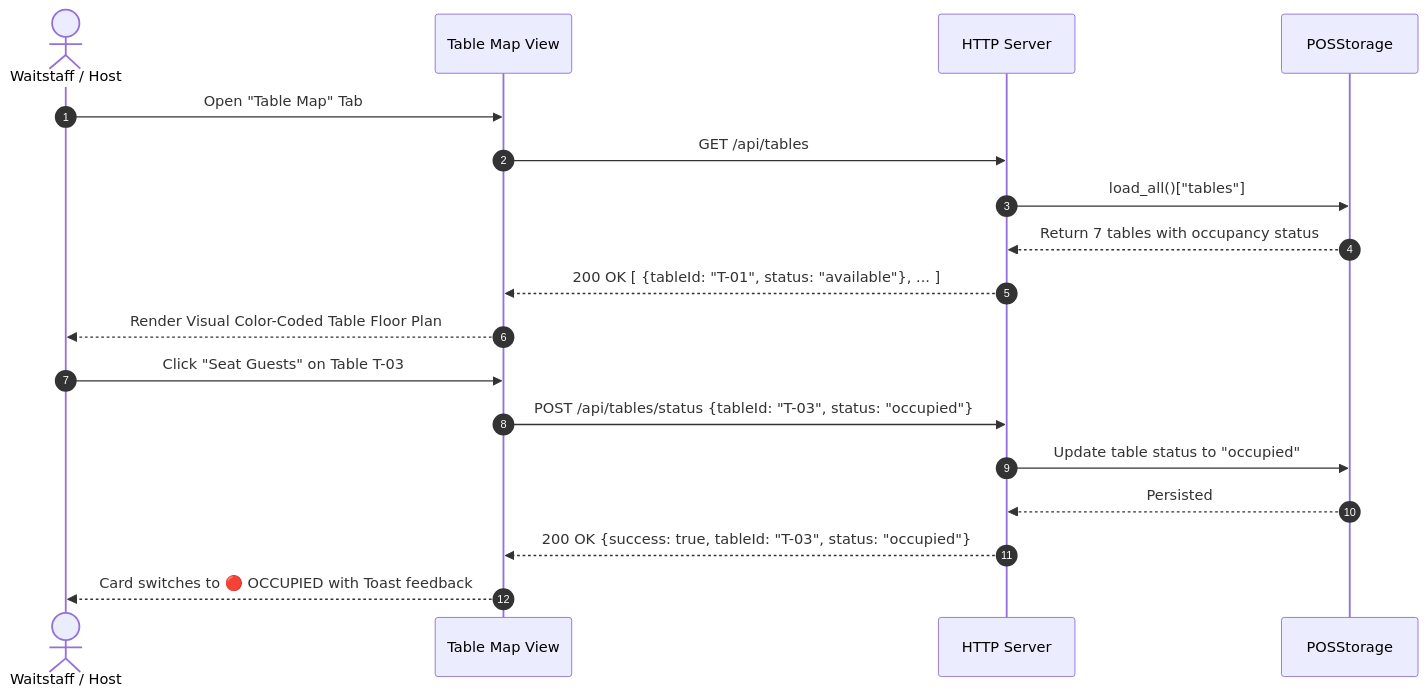
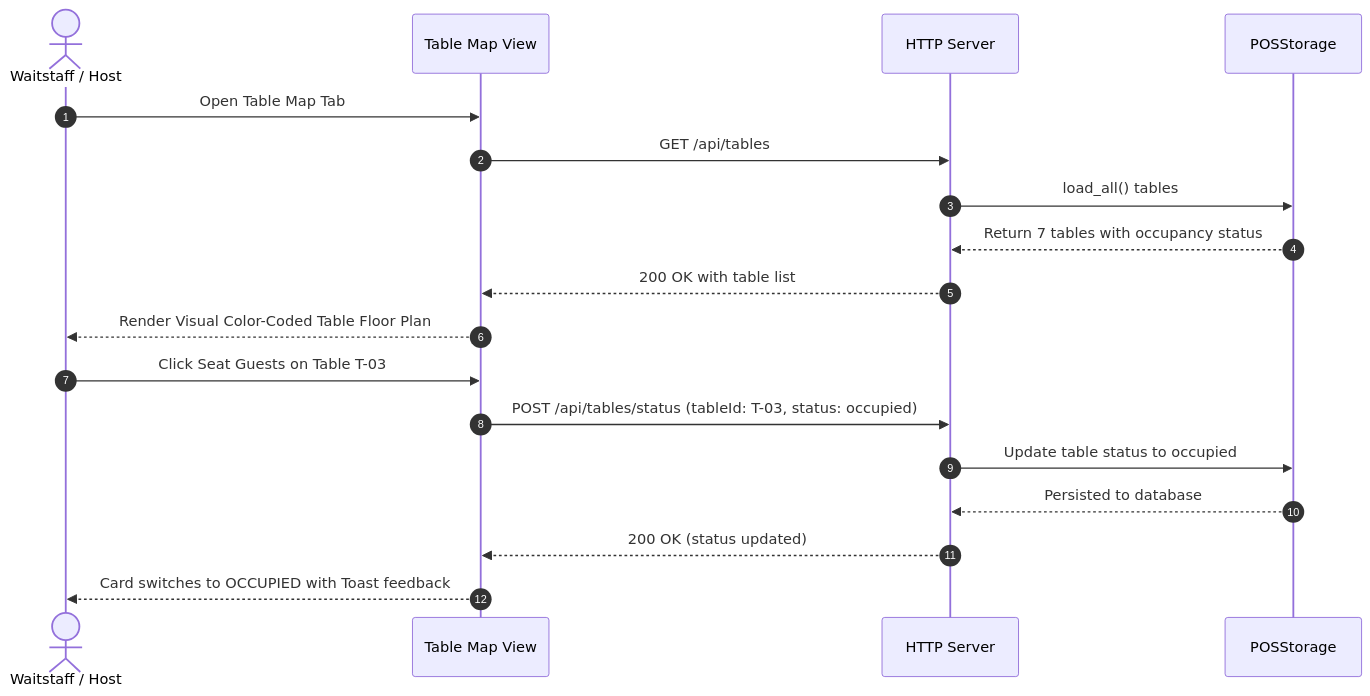
One commit to tudzydev/Restaurant-POS changed the fifth of 5 diagrams in diagrams.md. Above: the diagram before and after it, drawn with Mermaid. The commit also changed other lines of this file and 1 other file, not shown here.

Commit message:
feat: Add new order details and update order ID in pos_database.json

````diff
--- a/diagrams.md
+++ b/diagrams.md
@@ -306,22 +306,22 @@
 ```mermaid
 sequenceDiagram
     autonumber
     actor Waiter as Waitstaff / Host
     participant UI as Table Map View
     participant Server as HTTP Server
     participant DB as POSStorage
 
-    Waiter->>UI: Open "Table Map" Tab
+    Waiter->>UI: Open Table Map Tab
     UI->>Server: GET /api/tables
-    Server->>DB: load_all()["tables"]
+    Server->>DB: load_all() tables
     DB-->>Server: Return 7 tables with occupancy status
-    Server-->>UI: 200 OK [ {tableId: "T-01", status: "available"}, ... ]
+    Server-->>UI: 200 OK with table list
     UI-->>Waiter: Render Visual Color-Coded Table Floor Plan
 
-    Waiter->>UI: Click "Seat Guests" on Table T-03
-    UI->>Server: POST /api/tables/status {tableId: "T-03", status: "occupied"}
-    Server->>DB: Update table status to "occupied"
-    DB-->>Server: Persisted
-    Server-->>UI: 200 OK {success: true, tableId: "T-03", status: "occupied"}
-    UI-->>Waiter: Card switches to 🔴 OCCUPIED with Toast feedback
+    Waiter->>UI: Click Seat Guests on Table T-03
+    UI->>Server: POST /api/tables/status (tableId: T-03, status: occupied)
+    Server->>DB: Update table status to occupied
+    DB-->>Server: Persisted to database
+    Server-->>UI: 200 OK (status updated)
+    UI-->>Waiter: Card switches to OCCUPIED with Toast feedback
 ```
````
